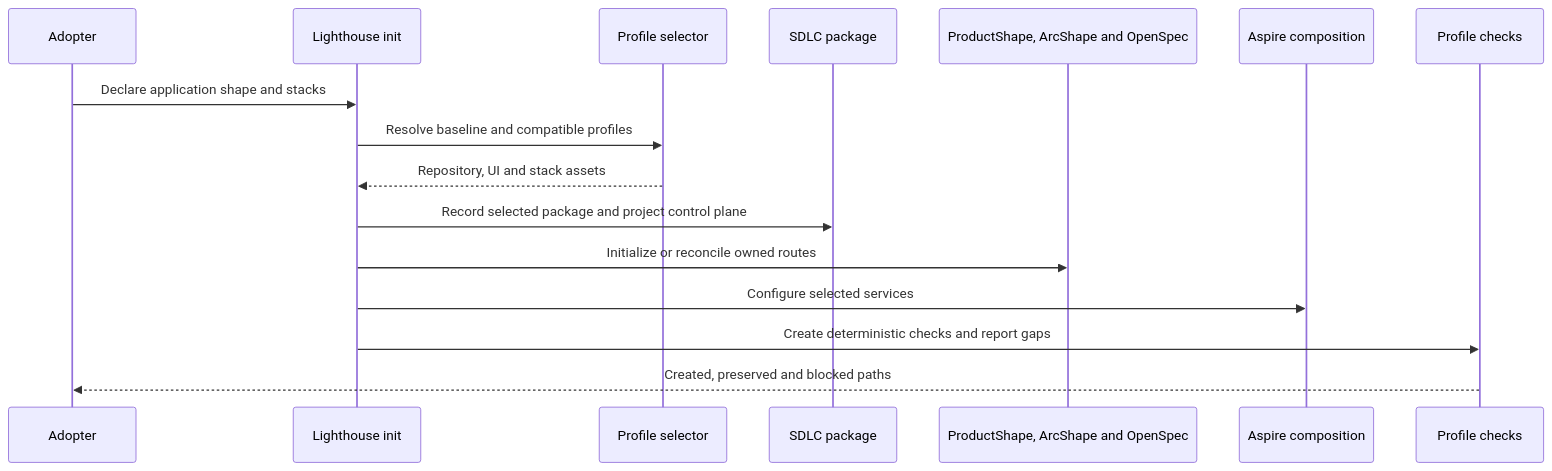
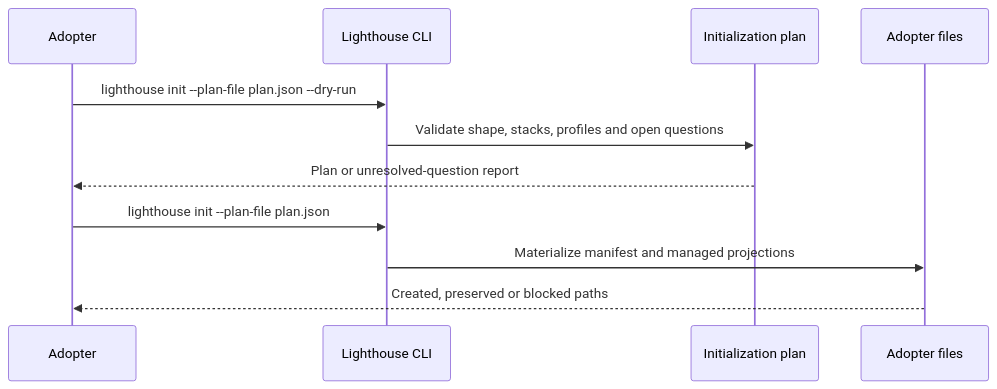
One commit to juangcarmona/lighthouse changed the second of 5 diagrams in docs/architecture/06-runtime-view/README.md. Above: the diagram before and after it, drawn with Mermaid. The commit also changed other lines of this file and 13 other files, not shown here.

First line of the commit message:
docs(architecture): reconcile docs with implementation (#48)

````diff
--- a/docs/architecture/06-runtime-view/README.md
+++ b/docs/architecture/06-runtime-view/README.md
@@ -32,19 +33,14 @@
 ```mermaid
 sequenceDiagram
-    accTitle: Target profile-aware initialization
+    accTitle: Current semantic initialization
     participant Adopter
-    participant Init as Lighthouse init
-    participant Selector as Profile selector
-    participant SDLC as SDLC package
-    participant Providers as ProductShape, ArcShape and OpenSpec
-    participant Host as Aspire composition
-    participant Checks as Profile checks
-    Adopter->>Init: Declare application shape and stacks
-    Init->>Selector: Resolve baseline and compatible profiles
-    Selector-->>Init: Repository, UI and stack assets
-    Init->>SDLC: Record selected package and project control plane
-    Init->>Providers: Initialize or reconcile owned routes
-    Init->>Host: Configure selected services
-    Init->>Checks: Create deterministic checks and report gaps
-    Checks-->>Adopter: Created, preserved and blocked paths
+    participant CLI as Lighthouse CLI
+    participant Plan as Initialization plan
+    participant Files as Adopter files
+    Adopter->>CLI: lighthouse init --plan-file plan.json --dry-run
+    CLI->>Plan: Validate shape, stacks, profiles and open questions
+    Plan-->>Adopter: Plan or unresolved-question report
+    Adopter->>CLI: lighthouse init --plan-file plan.json
+    CLI->>Files: Materialize manifest and managed projections
+    Files-->>Adopter: Created, preserved or blocked paths
 ```
````
